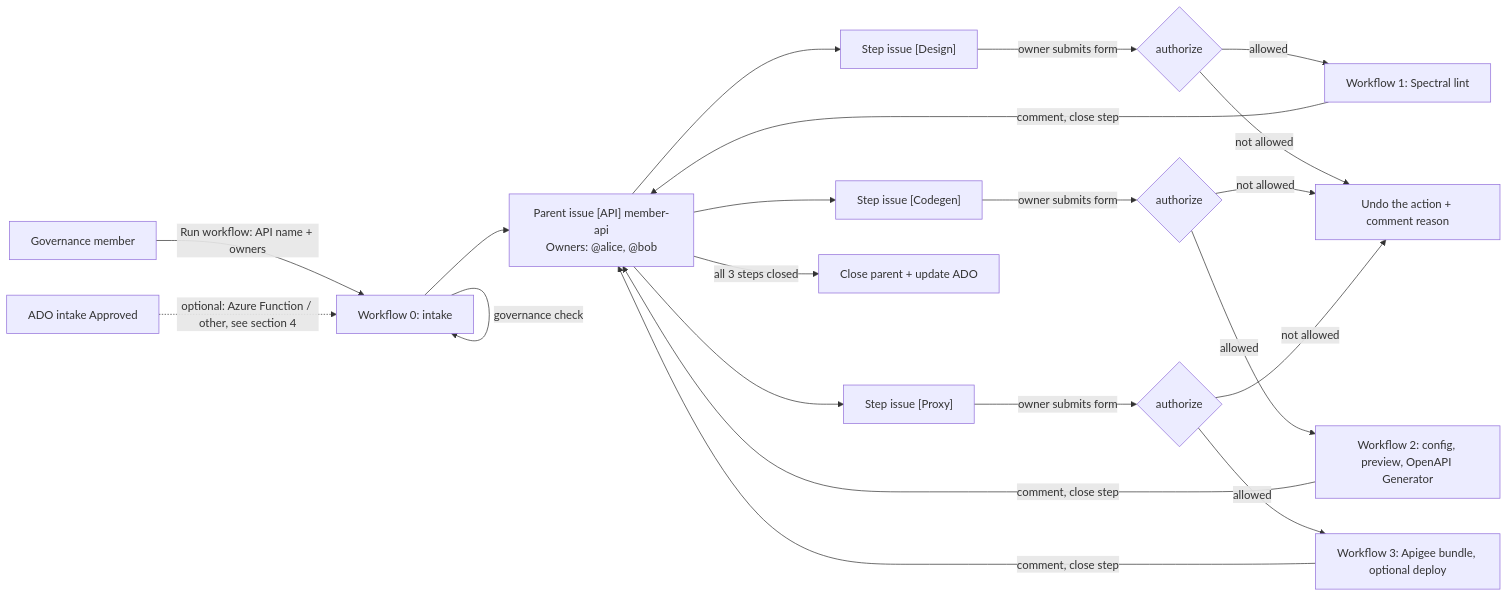
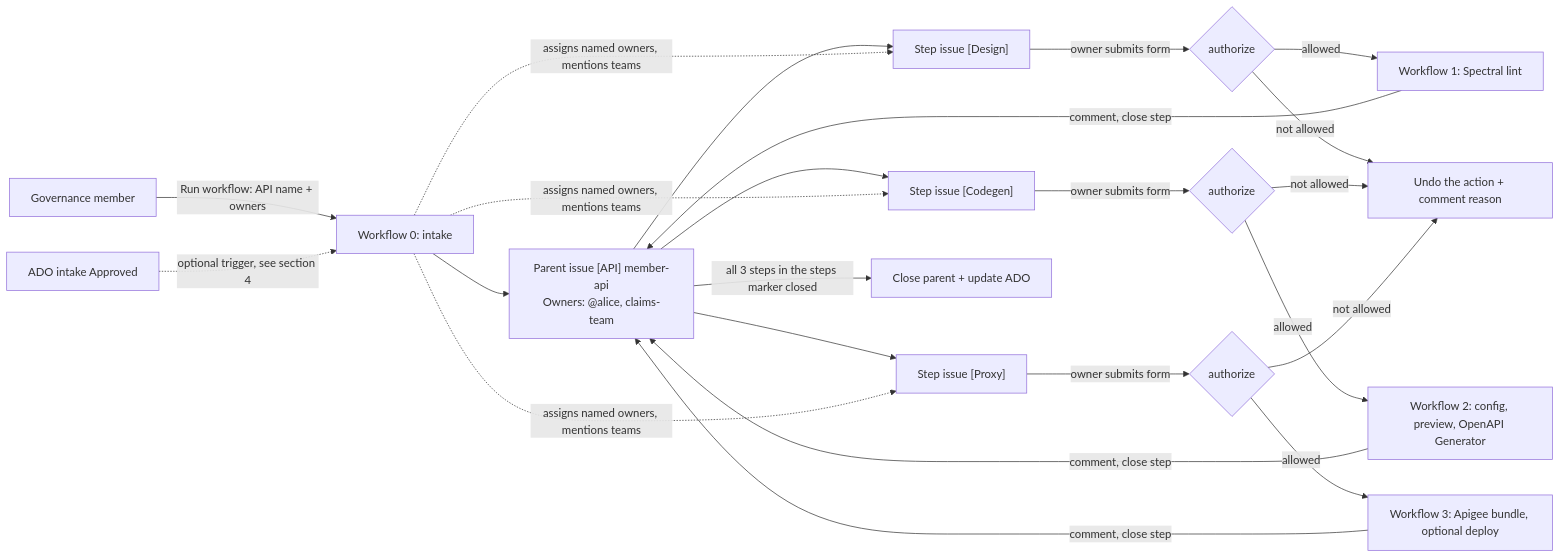
Before and after one commit to deepaksetiaorg/api-onboarding-poc: the second of 3 diagrams in README.md, drawn with Mermaid. The commit also changed other lines of this file, not shown here.

Commit message:
README: refresh for org setup, teams, token, guard; simpler system diagram

````diff
--- a/README.md
+++ b/README.md
@@ -37,19 +80,19 @@
 ```mermaid
 flowchart LR
-    GOV[Governance member] -->|Run workflow: API name + owners| C[Workflow 0: intake]
-    ADO[ADO intake Approved] -.->|optional: Azure Function / other, see section 4| C
-    C -->|governance check| C
-    C --> P["Parent issue [API] member-api<br/>Owners: @alice, @bob"]
+    GOV[Governance member] -->|"Run workflow: API name + owners"| C[Workflow 0: intake]
+    ADO[ADO intake Approved] -.->|optional trigger, see section 4| C
+    C --> P["Parent issue [API] member-api<br/>Owners: @alice, claims-team"]
     P --> D["Step issue [Design]"]
     P --> G["Step issue [Codegen]"]
     P --> X["Step issue [Proxy]"]
+    C -.->|assigns named owners, mentions teams| D & G & X
     D -->|owner submits form| A1{authorize}
     G -->|owner submits form| A2{authorize}
     X -->|owner submits form| A3{authorize}
     A1 -->|allowed| D1[Workflow 1: Spectral lint]
     A2 -->|allowed| G1[Workflow 2: config, preview, OpenAPI Generator]
     A3 -->|allowed| X1[Workflow 3: Apigee bundle, optional deploy]
     A1 & A2 & A3 -->|not allowed| R[Undo the action + comment reason]
     D1 & G1 & X1 -->|comment, close step| P
-    P -->|all 3 steps closed| Z[Close parent + update ADO]
+    P -->|all 3 steps in the steps marker closed| Z[Close parent + update ADO]
 ```
````
